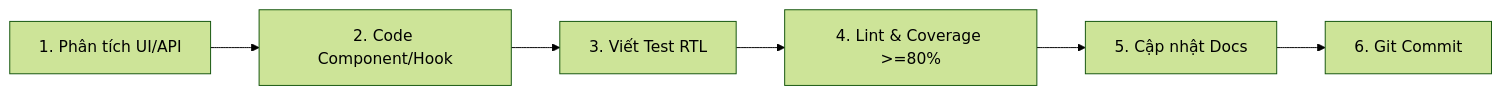
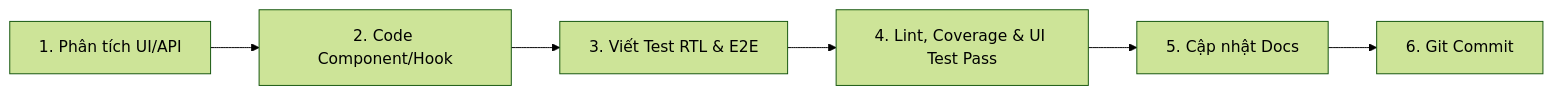
One commit to Exorcist11/chickie-studio changed the diagram in client/.agent/06-workflow.md. Above: the diagram before and after it, drawn with Mermaid (forest theme). The commit also changed other lines of this file and 18 other files, not shown here.

````diff
--- a/client/.agent/06-workflow.md
+++ b/client/.agent/06-workflow.md
@@ -5,8 +5,8 @@
 ```mermaid
 flowchart LR
     A[1. Phân tích UI/API] --> B[2. Code Component/Hook]
-    B --> C[3. Viết Test RTL]
-    C --> D[4. Lint & Coverage >=80%]
+    B --> C[3. Viết Test RTL & E2E]
+    C --> D[4. Lint, Coverage & UI Test Pass]
     D --> E[5. Cập nhật Docs]
     E --> F[6. Git Commit]
 ```
````
